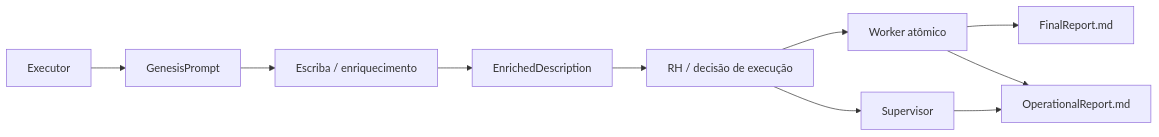
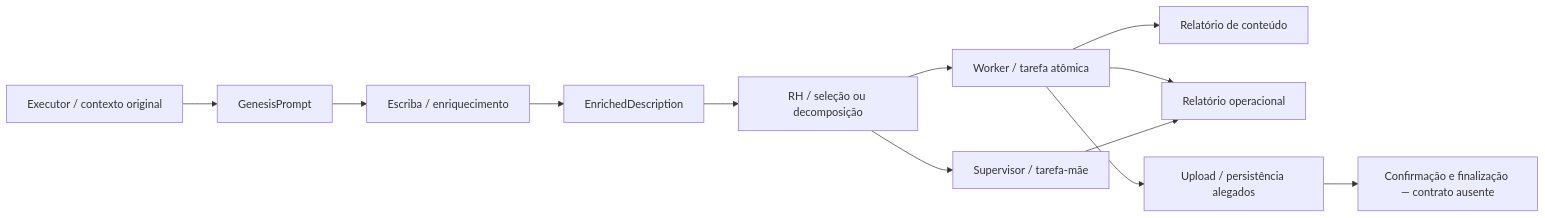
Before and after one commit to meshwave65/Foundation_MeshWave: the diagram in BCE/temas/sofia-agentes-missoes-e-oraculo.md, drawn with Mermaid. The commit also changed other lines of this file, not shown here.

````diff
--- a/BCE/temas/sofia-agentes-missoes-e-oraculo.md
+++ b/BCE/temas/sofia-agentes-missoes-e-oraculo.md
@@ -22,12 +99,14 @@
 ```mermaid
 flowchart LR
-    E[Executor] --> G[GenesisPrompt]
+    E[Executor / contexto original] --> G[GenesisPrompt]
     G --> W[Escriba / enriquecimento]
     W --> D[EnrichedDescription]
-    D --> R[RH / decisão de execução]
-    R --> A[Worker atômico]
-    R --> S[Supervisor]
-    A --> F[FinalReport.md]
-    A --> O[OperationalReport.md]
+    D --> R[RH / seleção ou decomposição]
+    R --> A[Worker / tarefa atômica]
+    R --> S[Supervisor / tarefa-mãe]
+    A --> F[Relatório de conteúdo]
+    A --> O[Relatório operacional]
     S --> O
+    A --> U[Upload / persistência alegados]
+    U --> C[Confirmação e finalização — contrato ausente]
 ```
````
